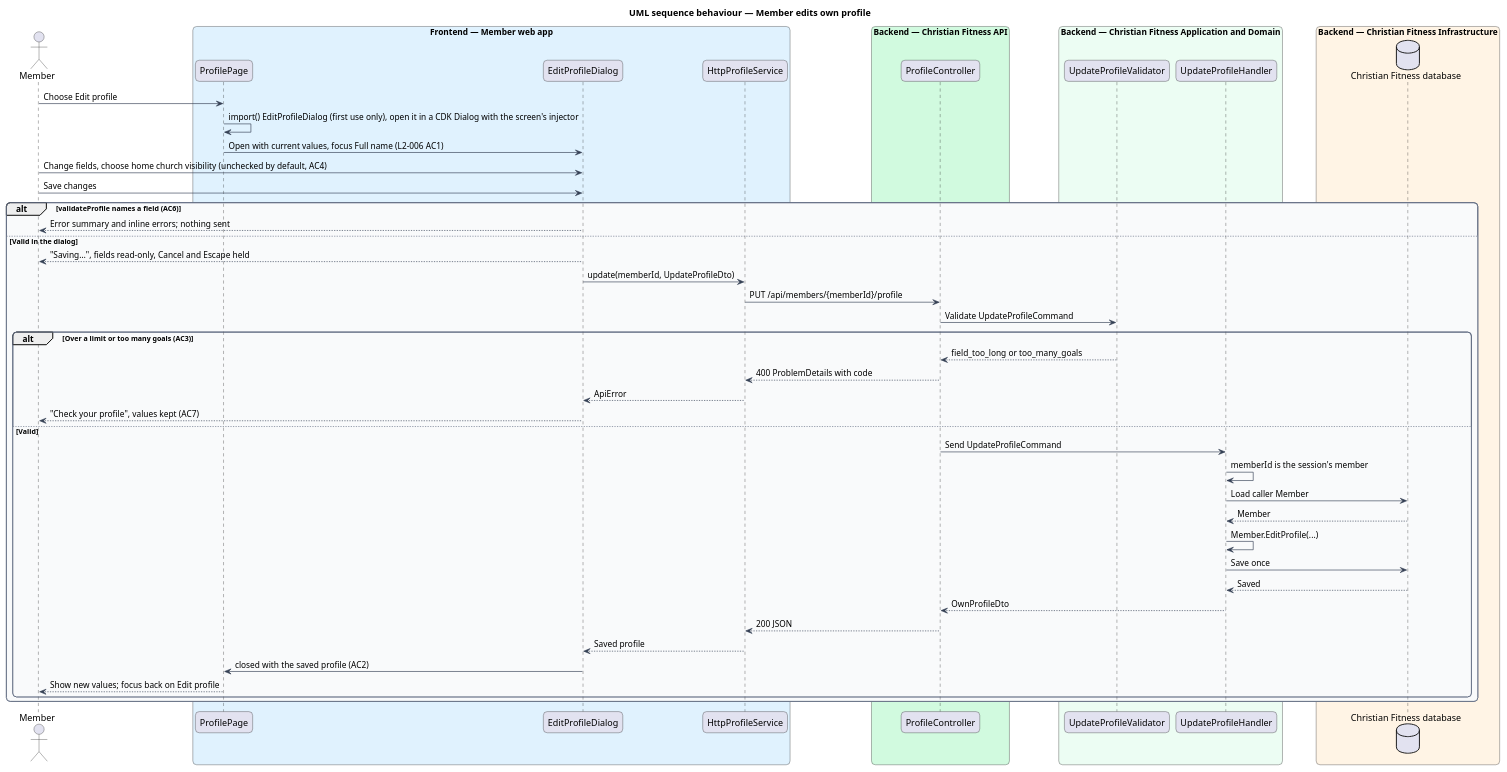
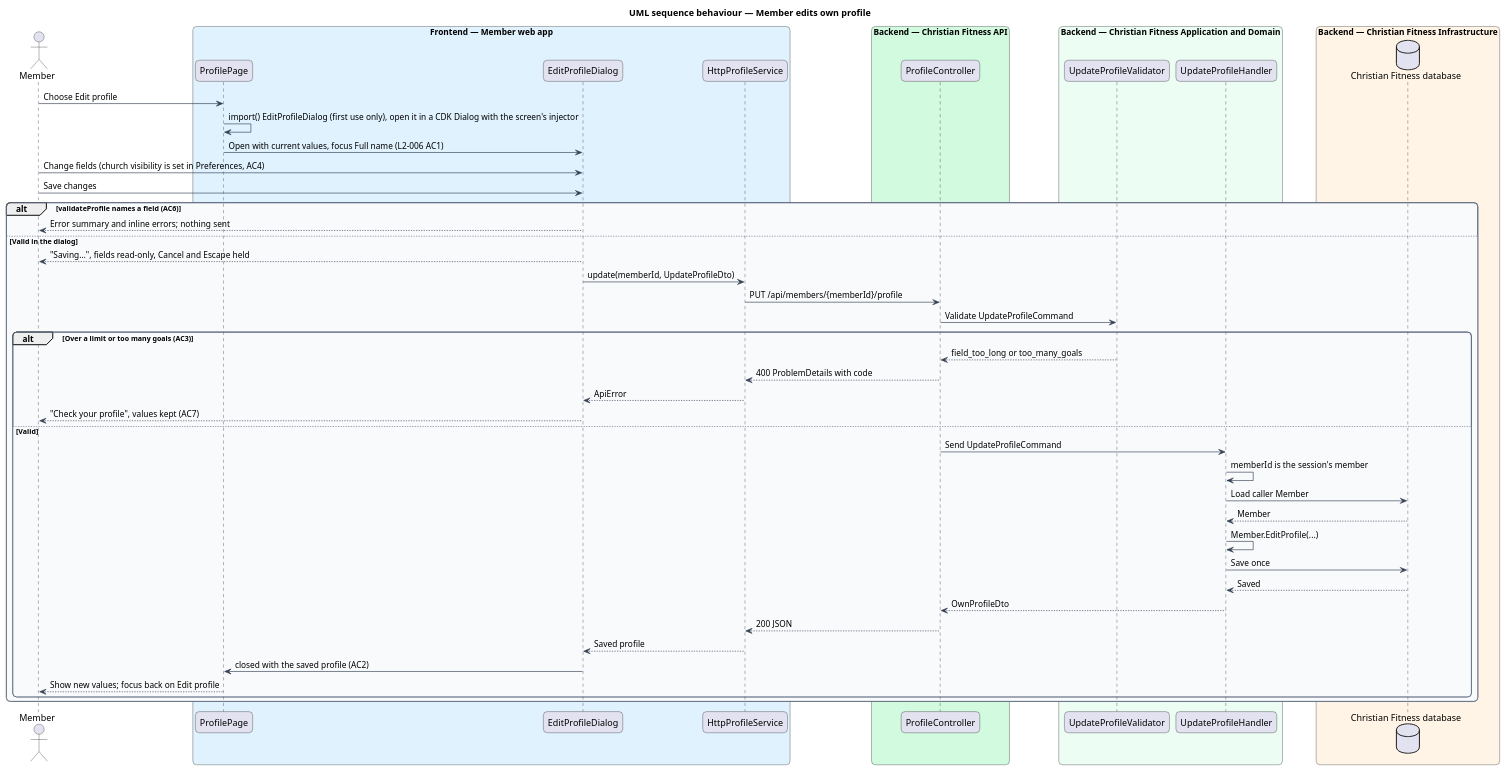
The diagram in docs/detailed-designs/member-profile/edit-profile/diagrams/sequence-edit-profile.puml (QuinntyneBrown/christian-fitness), drawn with PlantUML before and after one commit. The commit also changed 45 other files, not shown here.

```diff
--- a/docs/detailed-designs/member-profile/edit-profile/diagrams/sequence-edit-profile.puml
+++ b/docs/detailed-designs/member-profile/edit-profile/diagrams/sequence-edit-profile.puml
@@ -1,65 +1,65 @@
 @startuml
 title UML sequence behaviour — Member edits own profile
 skinparam backgroundColor #FFFFFF
 skinparam shadowing false
 skinparam roundcorner 12
 skinparam defaultFontName Arial
 skinparam ArrowColor #344054
 skinparam rectangle {
   BorderColor #344054
   FontColor #101828
 }
 skinparam package {
   BorderColor #667085
   FontColor #101828
   BackgroundColor #F9FAFB
 }
 actor "Member" as actor
 box "Frontend — Member web app" #E0F2FE
   participant "ProfilePage" as page
   participant "EditProfileDialog" as dlg
   participant "HttpProfileService" as client
 end box
 box "Backend — Christian Fitness API" #D1FADF
   participant "ProfileController" as ctrl
 end box
 box "Backend — Christian Fitness Application and Domain" #ECFDF3
   participant "UpdateProfileValidator" as v
   participant "UpdateProfileHandler" as h
 end box
 box "Backend — Christian Fitness Infrastructure" #FFF4E5
   database "Christian Fitness database" as db
 end box
 actor -> page : Choose Edit profile
 page -> page : import() EditProfileDialog (first use only), open it in a CDK Dialog with the screen's injector
 page -> dlg : Open with current values, focus Full name (L2-006 AC1)
-actor -> dlg : Change fields, choose home church visibility (unchecked by default, AC4)
+actor -> dlg : Change fields (church visibility is set in Preferences, AC4)
 actor -> dlg : Save changes
 alt validateProfile names a field (AC6)
   dlg --> actor : Error summary and inline errors; nothing sent
 else Valid in the dialog
   dlg --> actor : "Saving…", fields read-only, Cancel and Escape held
   dlg -> client : update(memberId, UpdateProfileDto)
   client -> ctrl : PUT /api/members/{memberId}/profile
   ctrl -> v : Validate UpdateProfileCommand
   alt Over a limit or too many goals (AC3)
     v --> ctrl : field_too_long or too_many_goals
     ctrl --> client : 400 ProblemDetails with code
     client --> dlg : ApiError
     dlg --> actor : "Check your profile", values kept (AC7)
   else Valid
     ctrl -> h : Send UpdateProfileCommand
     h -> h : memberId is the session's member
     h -> db : Load caller Member
     db --> h : Member
     h -> h : Member.EditProfile(...)
     h -> db : Save once
     db --> h : Saved
     h --> ctrl : OwnProfileDto
     ctrl --> client : 200 JSON
     client --> dlg : Saved profile
     dlg -> page : closed with the saved profile (AC2)
     page --> actor : Show new values; focus back on Edit profile
   end
 end
 @enduml
```
